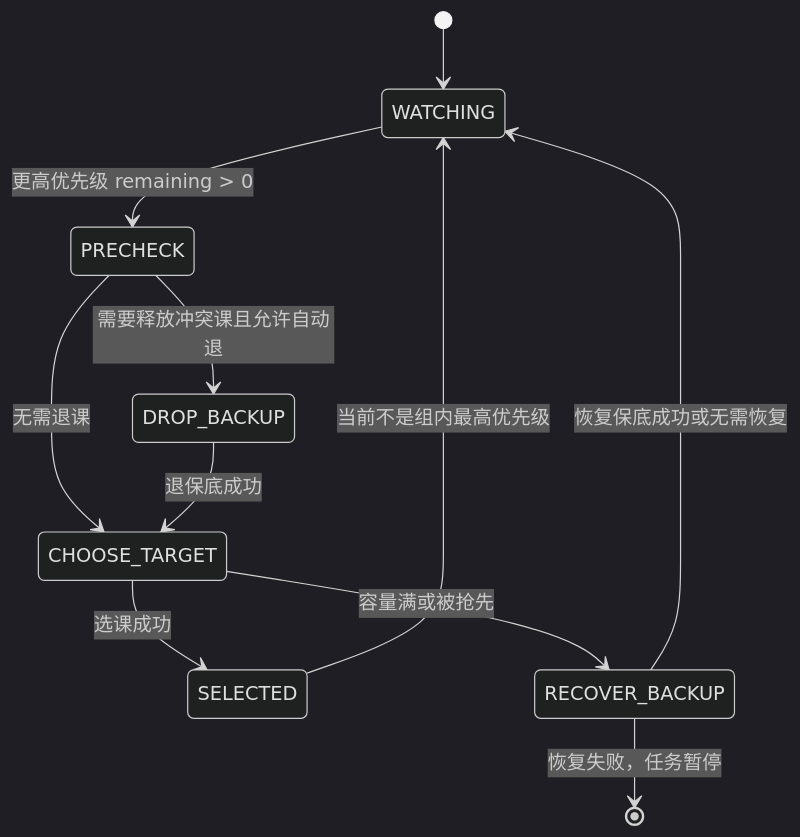
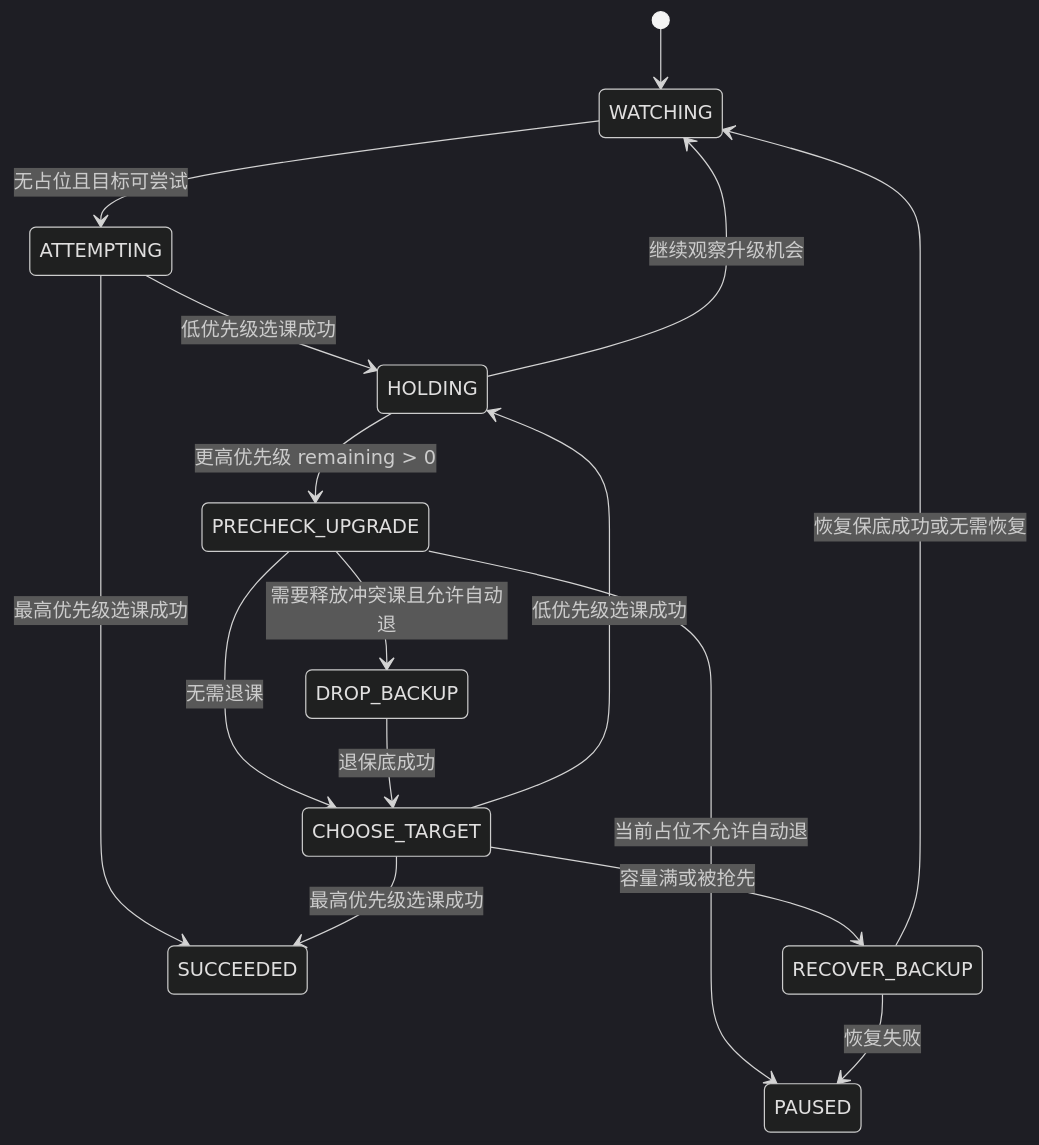
Before and after one commit to CodeBoy2006/zfxk-helper: the second of 2 diagrams in docs/superpowers/specs/2026-06-29-auto-selection-design.md, drawn with Mermaid (dark theme). The commit also changed other lines of this file and 1 other file, not shown here.

````diff
--- a/docs/superpowers/specs/2026-06-29-auto-selection-design.md
+++ b/docs/superpowers/specs/2026-06-29-auto-selection-design.md
@@ -128,13 +175,18 @@
 ```mermaid
 stateDiagram-v2
   [*] --> WATCHING
-  WATCHING --> PRECHECK: 更高优先级 remaining > 0
-  PRECHECK --> DROP_BACKUP: 需要释放冲突课且允许自动退
-  PRECHECK --> CHOOSE_TARGET: 无需退课
+  WATCHING --> ATTEMPTING: 无占位且目标可尝试
+  ATTEMPTING --> HOLDING: 低优先级选课成功
+  ATTEMPTING --> SUCCEEDED: 最高优先级选课成功
+  HOLDING --> PRECHECK_UPGRADE: 更高优先级 remaining > 0
+  PRECHECK_UPGRADE --> DROP_BACKUP: 需要释放冲突课且允许自动退
+  PRECHECK_UPGRADE --> PAUSED: 当前占位不允许自动退
+  PRECHECK_UPGRADE --> CHOOSE_TARGET: 无需退课
   DROP_BACKUP --> CHOOSE_TARGET: 退保底成功
-  CHOOSE_TARGET --> SELECTED: 选课成功
+  CHOOSE_TARGET --> HOLDING: 低优先级选课成功
+  CHOOSE_TARGET --> SUCCEEDED: 最高优先级选课成功
   CHOOSE_TARGET --> RECOVER_BACKUP: 容量满或被抢先
   RECOVER_BACKUP --> WATCHING: 恢复保底成功或无需恢复
-  RECOVER_BACKUP --> [*]: 恢复失败，任务暂停
-  SELECTED --> WATCHING: 当前不是组内最高优先级
+  RECOVER_BACKUP --> PAUSED: 恢复失败
+  HOLDING --> WATCHING: 继续观察升级机会
 ```
````
